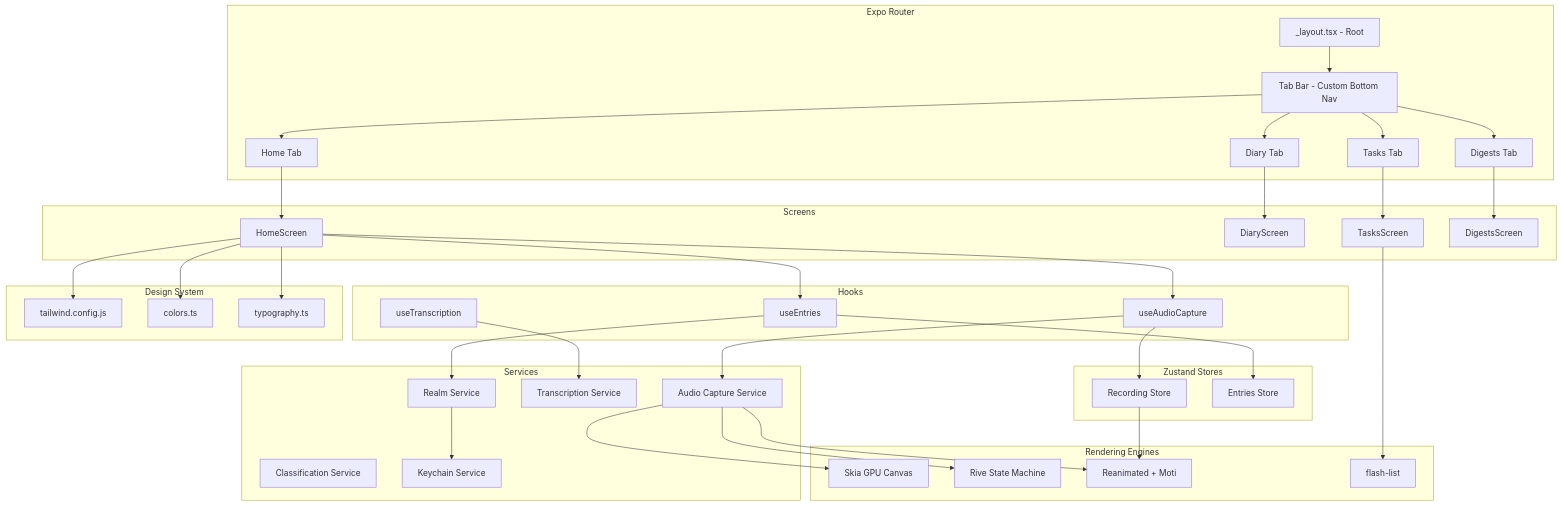
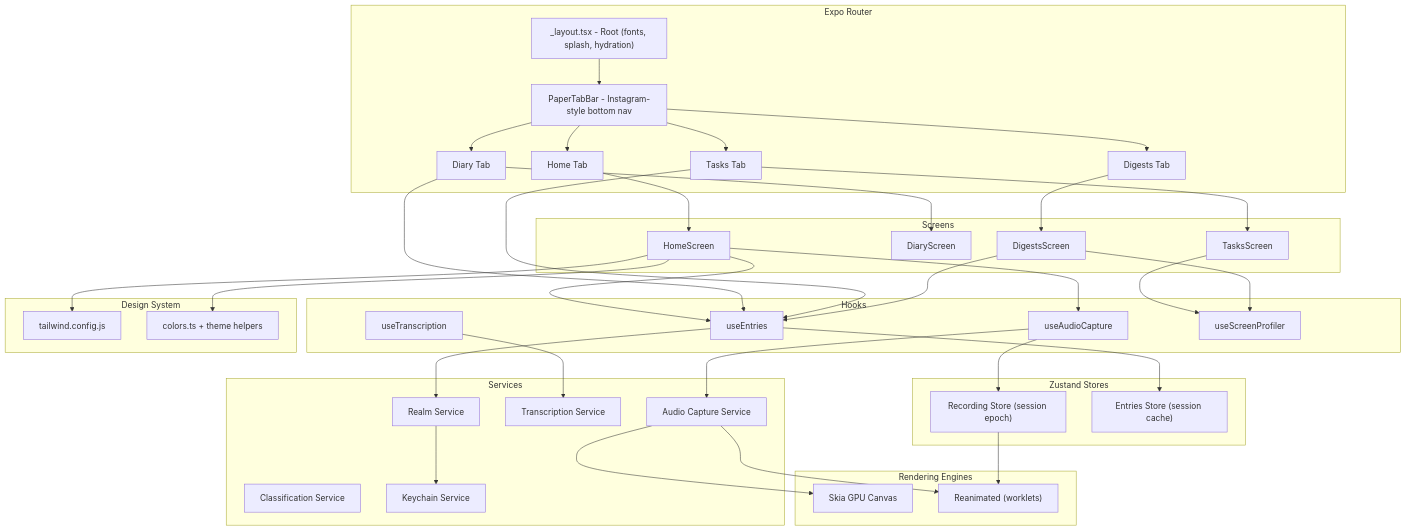
One commit to HomieEddy/miidiary changed the diagram in docs/ARCHITECTURE.md. Above: the diagram before and after it, drawn with Mermaid. The commit also changed other lines of this file and 5 other files, not shown here.

````diff
--- a/docs/ARCHITECTURE.md
+++ b/docs/ARCHITECTURE.md
@@ -13,76 +12,76 @@
 ```mermaid
 graph TD
   subgraph Navigation["Expo Router"]
-    RL["_layout.tsx - Root"]
-    TB["Tab Bar - Custom Bottom Nav"]
+    RL["_layout.tsx - Root (fonts, splash, hydration)"]
+    TB["PaperTabBar - Instagram-style bottom nav"]
     H["Home Tab"]
     D["Diary Tab"]
     T["Tasks Tab"]
     DG["Digests Tab"]
   end
 
   subgraph Screens["Screens"]
     HS["HomeScreen"]
     DS["DiaryScreen"]
     TS["TasksScreen"]
     DGS["DigestsScreen"]
   end
 
   subgraph Hooks["Hooks"]
     UAC["useAudioCapture"]
     UTR["useTranscription"]
     UE["useEntries"]
+    USP["useScreenProfiler"]
   end
 
   subgraph Services["Services"]
     ACS["Audio Capture Service"]
     TSvc["Transcription Service"]
     CS["Classification Service"]
     RS["Realm Service"]
     KS["Keychain Service"]
   end
 
   subgraph Stores["Zustand Stores"]
-    RS_store["Recording Store"]
-    ES["Entries Store"]
+    RS_store["Recording Store (session epoch)"]
+    ES["Entries Store (session cache)"]
   end
 
   subgraph Rendering["Rendering Engines"]
     SK["Skia GPU Canvas"]
-    RV["Rive State Machine"]
-    RN["Reanimated + Moti"]
-    FL["flash-list"]
+    RN["Reanimated (worklets)"]
   end
 
   subgraph Theme["Design System"]
     TW["tailwind.config.js"]
-    CL["colors.ts"]
-    TY["typography.ts"]
+    CL["colors.ts + theme helpers"]
   end
 
   RL --> TB
   TB --> H & D & T & DG
   H --> HS
   D --> DS
   T --> TS
   DG --> DGS
 
   HS --> UAC
   HS --> UE
+  D --> UE
+  T --> UE
+  DGS --> UE
+  TS --> USP
+  DGS --> USP
 
   UAC --> ACS
   UAC --> RS_store
   UTR --> TSvc
   UE --> RS
   UE --> ES
 
   ACS --> SK
-  ACS --> RV
   ACS --> RN
+  RS_store --> RN
 
   RS --> KS
-  RS_store --> RN
-
-  HS --> TW & CL & TY
-  TS --> FL
+  HS --> TW & CL
 ```
````
